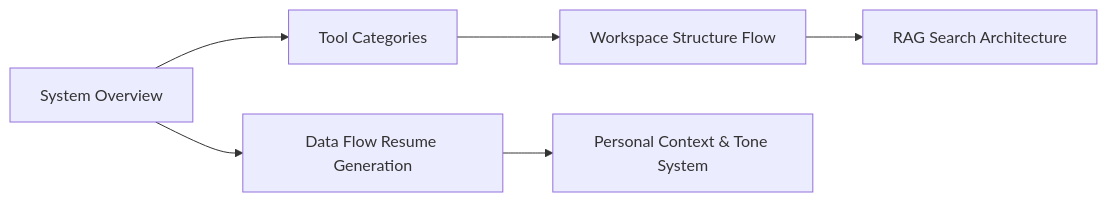
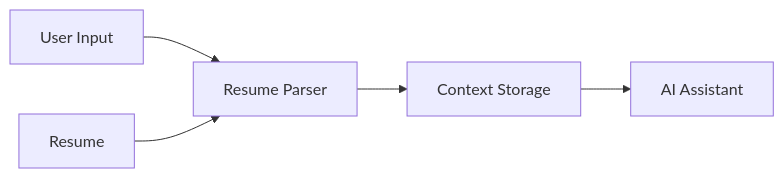
Before and after one commit to JustLikeFrank3/jobContextMCP: the third of 6 diagrams in README.md, drawn with Mermaid. The commit also changed other lines of this file, not shown here.

Commit message:
Update README.md to include architecture section with Mermaid diagrams

````diff
--- a/README.md
+++ b/README.md
@@ -7,14 +22,7 @@
 ```mermaid
-graph LR
-  A["System Overview"]
-  B["Tool Categories"]
-  C["Data Flow Resume Generation"]
-  D["Workspace Structure Flow"]
-  E["Personal Context & Tone System"]
-  F["RAG Search Architecture"]
-  A --> B
-  A --> C
-  B --> D
-  C --> E
-  D --> F
+flowchart LR;
+    A[User Input] --> B[Resume Parser];
+    B --> C[Context Storage];
+    D[Resume] --> B;
+    C --> E[AI Assistant];
 ```
````
